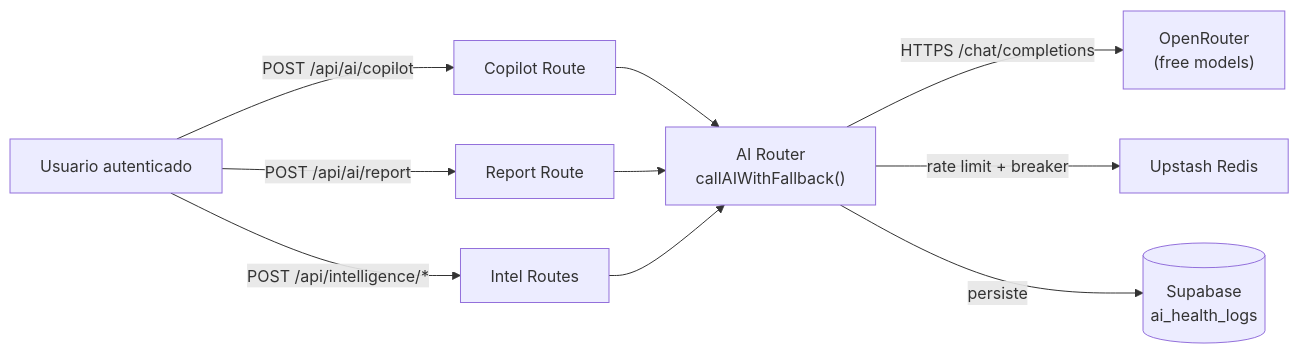
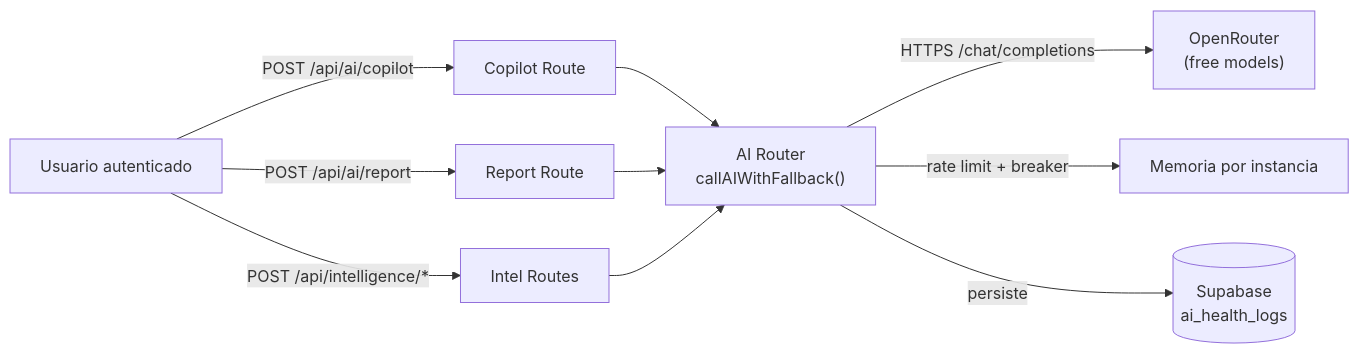
Before and after one commit to StrategicConnex/StrategicConnexAudit: the second of 4 diagrams in docs/architecture/AI-ROUTER-TDD.md, drawn with Mermaid. The commit also changed other lines of this file and 67 other files, not shown here.

````diff
--- a/docs/architecture/AI-ROUTER-TDD.md
+++ b/docs/architecture/AI-ROUTER-TDD.md
@@ -204,12 +204,12 @@
 ```mermaid
 flowchart LR
     U["Usuario autenticado"] -->|"POST /api/ai/copilot"| R1["Copilot Route"]
     U -->|"POST /api/ai/report"| R2["Report Route"]
     U -->|"POST /api/intelligence/*"| R3["Intel Routes"]
     R1 --> AR["AI Router<br/>callAIWithFallback()"]
     R2 --> AR
     R3 --> AR
     AR -->|"HTTPS /chat/completions"| OR["OpenRouter<br/>(free models)"]
-    AR -->|"rate limit + breaker"| REDIS["Upstash Redis"]
+    AR -->|"rate limit + breaker"| MEM["Memoria por instancia"]
     AR -->|"persiste"| DB[("Supabase<br/>ai_health_logs")]
 ```
````
